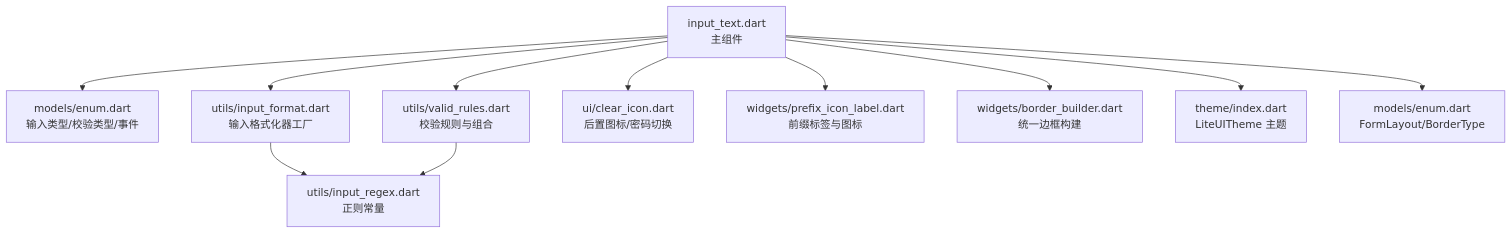
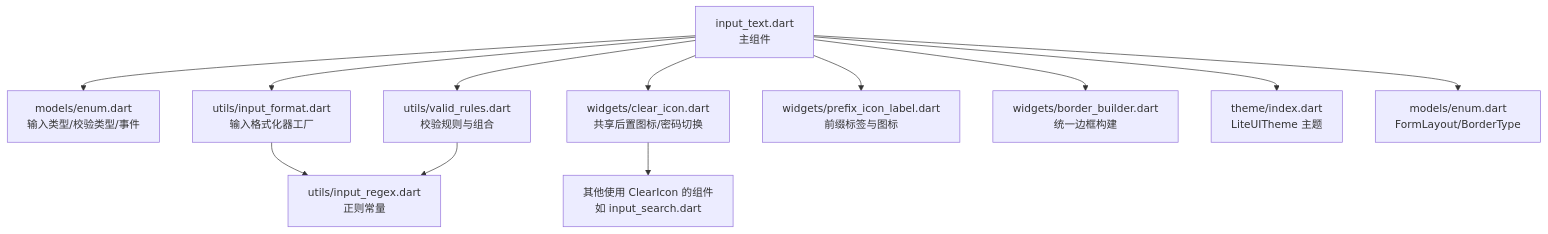
The first of 6 diagrams in .qoder/repowiki/zh/content/基础组件/InputText 文本输入框.md (yuzhido/lite-ui), drawn with Mermaid before and after one commit. The commit also changed other lines of this file and 35 other files, not shown here.

````diff
--- a/.qoder/repowiki/zh/content/基础组件/InputText 文本输入框.md
+++ b/.qoder/repowiki/zh/content/基础组件/InputText 文本输入框.md
@@ -56,13 +58,14 @@
 ```mermaid
 graph TB
 A["input_text.dart<br/>主组件"] --> B["models/enum.dart<br/>输入类型/校验类型/事件"]
 A --> C["utils/input_format.dart<br/>输入格式化器工厂"]
 A --> D["utils/valid_rules.dart<br/>校验规则与组合"]
-A --> E["ui/clear_icon.dart<br/>后置图标/密码切换"]
+A --> E["widgets/clear_icon.dart<br/>共享后置图标/密码切换"]
 A --> F["widgets/prefix_icon_label.dart<br/>前缀标签与图标"]
 A --> G["widgets/border_builder.dart<br/>统一边框构建"]
 A --> H["theme/index.dart<br/>LiteUITheme 主题"]
 A --> I["models/enum.dart<br/>FormLayout/BorderType"]
 C --> J["utils/input_regex.dart<br/>正则常量"]
 D --> J
+E --> K["其他使用 ClearIcon 的组件<br/>如 input_search.dart"]
 ```
````
